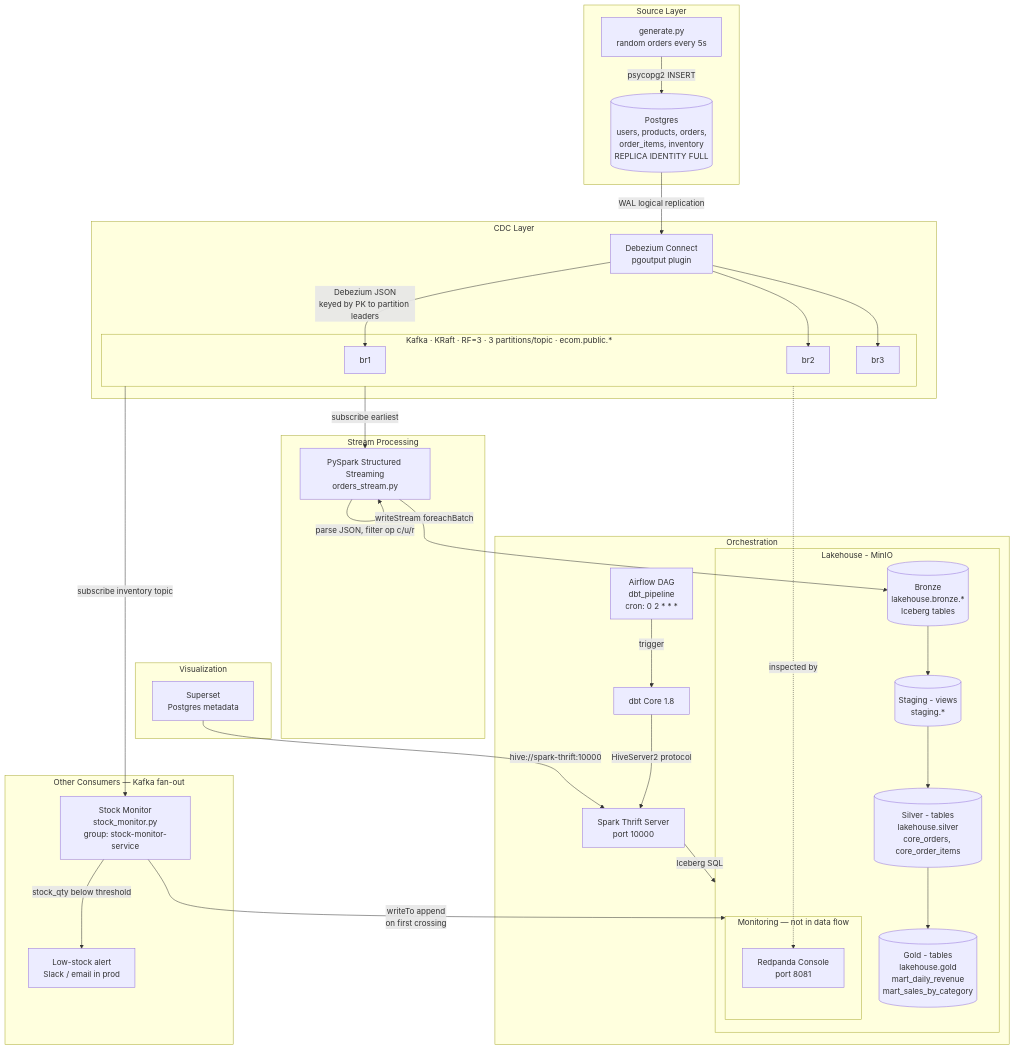
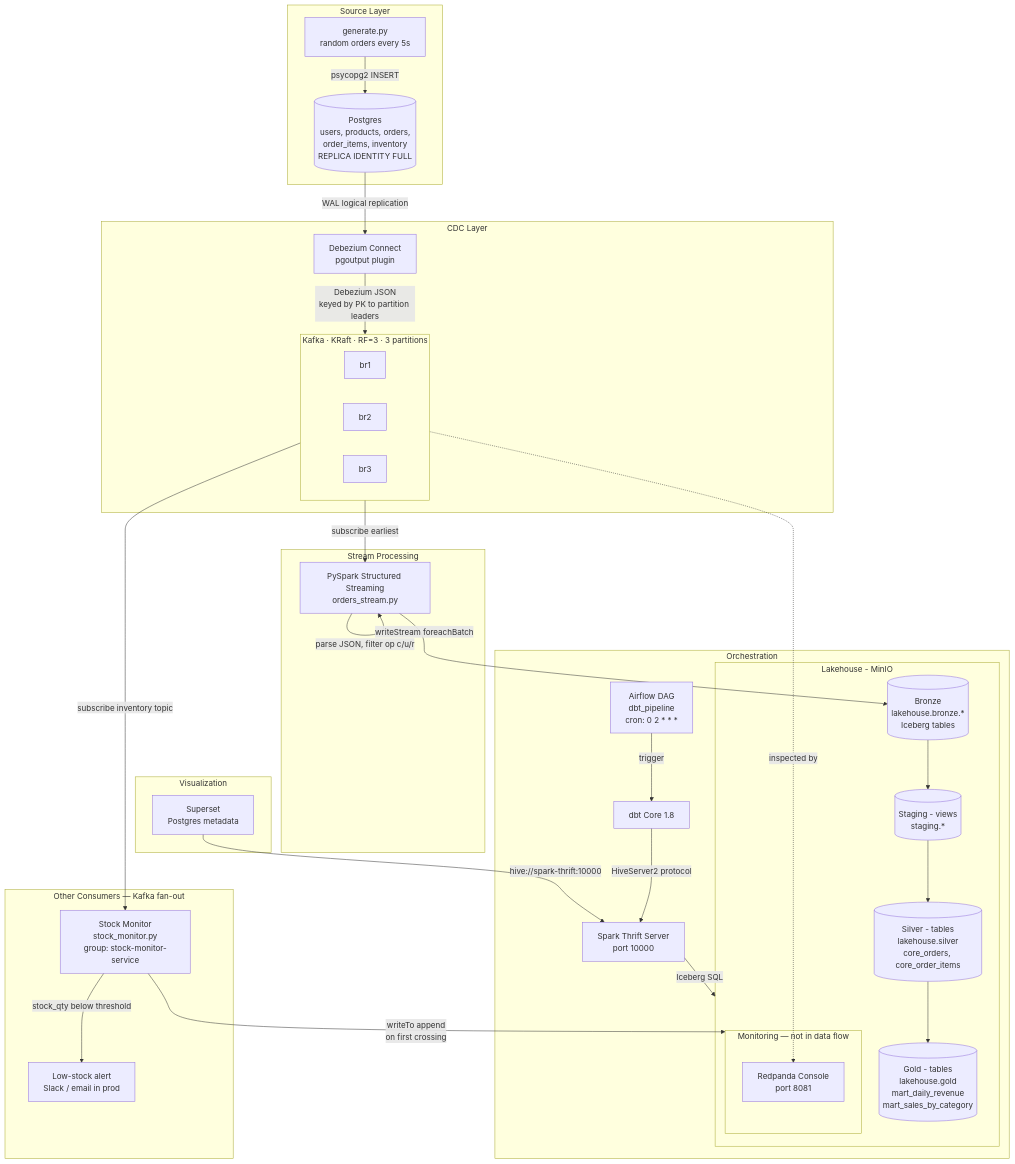
One commit to airdeniz/ecommerce-lakehouse changed the second of 2 diagrams in README.md. Above: the diagram before and after it, drawn with Mermaid.

Commit message:
docs(readme): tighten Kafka cluster layout (single producer edge, shorter title)

````diff
--- a/README.md
+++ b/README.md
@@ -45,65 +45,63 @@
 ```mermaid
 flowchart TB
     subgraph SOURCE["Source Layer"]
         G[generate.py<br/>random orders every 5s]
         P[("Postgres<br/>users, products, orders,<br/>order_items, inventory<br/>REPLICA IDENTITY FULL")]
         G -->|psycopg2 INSERT| P
     end
 
     subgraph CDC_LAYER["CDC Layer"]
         D[Debezium Connect<br/>pgoutput plugin]
-        subgraph KAFKA_CLUSTER["Kafka · KRaft · RF=3 · 3 partitions/topic · ecom.public.*"]
+        subgraph KAFKA_CLUSTER["Kafka · KRaft · RF=3 · 3 partitions"]
             K1[br1]
             K2[br2]
             K3[br3]
         end
         P -->|WAL logical replication| D
-        D -->|Debezium JSON<br/>keyed by PK to partition leaders| K1
-        D --> K2
-        D --> K3
+        D -->|Debezium JSON<br/>keyed by PK to partition leaders| KAFKA_CLUSTER
     end
 
     subgraph STREAM["Stream Processing"]
         S[PySpark Structured Streaming<br/>orders_stream.py]
         KAFKA_CLUSTER -->|subscribe earliest| S
         S -->|parse JSON, filter op c/u/r| S
     end
 
     subgraph CONSUMERS["Other Consumers — Kafka fan-out"]
         SM[Stock Monitor<br/>stock_monitor.py<br/>group: stock-monitor-service]
         KAFKA_CLUSTER -->|subscribe inventory topic| SM
         SM -->|stock_qty below threshold| ALERT[Low-stock alert<br/>Slack / email in prod]
     end
 
     subgraph LAKEHOUSE["Lakehouse - MinIO"]
         B[("Bronze<br/>lakehouse.bronze.*<br/>Iceberg tables")]
         ST[("Staging - views<br/>staging.*")]
         SL[("Silver - tables<br/>lakehouse.silver<br/>core_orders, core_order_items")]
         GD[("Gold - tables<br/>lakehouse.gold<br/>mart_daily_revenue<br/>mart_sales_by_category")]
         OPS[("Ops<br/>lakehouse.ops.stock_alerts<br/>Iceberg table")]
         S -->|writeStream foreachBatch| B
         SM -->|writeTo append<br/>on first crossing| OPS
         B --> ST
         ST --> SL
         SL --> GD
     end
 
     subgraph ORCH["Orchestration"]
         A[Airflow DAG<br/>dbt_pipeline<br/>cron: 0 2 * * *]
         TH[Spark Thrift Server<br/>port 10000]
         DB[dbt Core 1.8]
         A -->|trigger| DB
         DB -->|HiveServer2 protocol| TH
         TH -->|Iceberg SQL| LAKEHOUSE
     end
 
     subgraph VIZ["Visualization"]
         SUP[Superset<br/>Postgres metadata]
         SUP -->|hive://spark-thrift:10000| TH
     end
 
     subgraph OPS["Monitoring — not in data flow"]
         RC[Redpanda Console<br/>port 8081]
     end
     KAFKA_CLUSTER -.->|inspected by| RC
 ```
````
